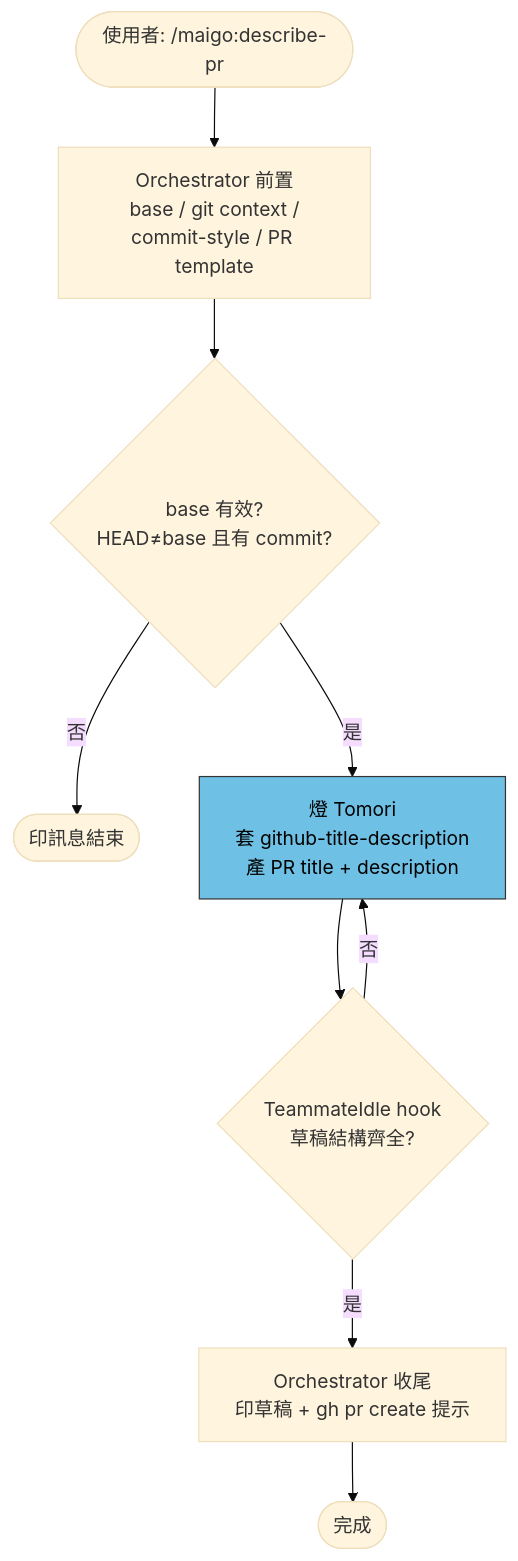
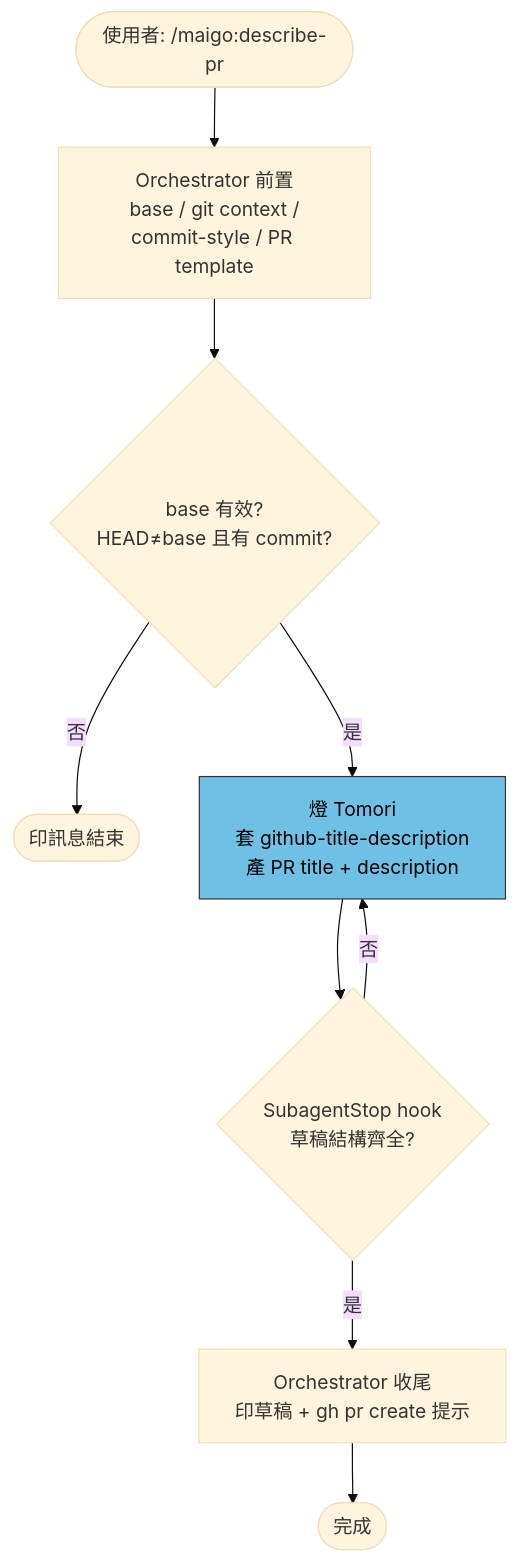
Before and after one commit to Lee-W/maigo: the diagram in docs/commands/describe-pr.md, drawn with Mermaid (base theme). The commit also changed 21 other files, not shown here.

````diff
--- a/docs/commands/describe-pr.md
+++ b/docs/commands/describe-pr.md
@@ -1,14 +1,14 @@
 ```mermaid
 flowchart TD
     Start([使用者: /maigo:describe-pr]) --> Prep[Orchestrator 前置<br/>base / git context /<br/>commit-style / PR template]
     Prep --> Gate{base 有效?<br/>HEAD≠base 且有 commit?}
     Gate -- 否 --> Stop([印訊息結束])
     Gate -- 是 --> Tomori[燈 Tomori<br/>套 github-title-description<br/>產 PR title + description]
-    Tomori --> Hook{TeammateIdle hook<br/>草稿結構齊全?}
+    Tomori --> Hook{SubagentStop hook<br/>草稿結構齊全?}
     Hook -- 否 --> Tomori
     Hook -- 是 --> Finish[Orchestrator 收尾<br/>印草稿 + gh pr create 提示]
     Finish --> Done([完成])
 
     classDef tomori fill:#6EC1E4,stroke:#333,color:#000
     class Tomori tomori
 ```
````
